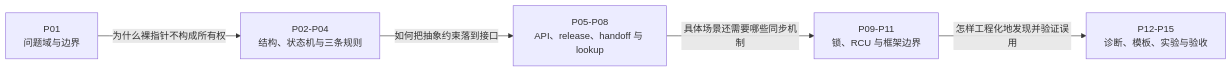
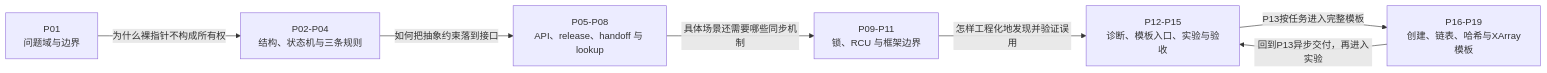
One commit to FormingSystem/linux_note changed the diagram in knowledge/linux/object_lifetime/kref/大纲.md. Above: the diagram before and after it, drawn with Mermaid. The commit also changed other lines of this file and 17 other files, not shown here.

````diff
--- a/knowledge/linux/object_lifetime/kref/大纲.md
+++ b/knowledge/linux/object_lifetime/kref/大纲.md
@@ -21,13 +21,16 @@
 ```mermaid
 flowchart LR
     A["P01<br/>问题域与边界"]
     B["P02-P04<br/>结构、状态机与三条规则"]
     C["P05-P08<br/>API、release、handoff 与 lookup"]
     D["P09-P11<br/>锁、RCU 与框架边界"]
-    E["P12-P15<br/>诊断、模板、实验与验收"]
+    E["P12-P15<br/>诊断、模板入口、实验与验收"]
+    T["P16-P19<br/>创建、链表、哈希与XArray模板"]
 
     A -->|"为什么裸指针不构成所有权"| B
     B -->|"如何把抽象约束落到接口"| C
     C -->|"具体场景还需要哪些同步机制"| D
     D -->|"怎样工程化地发现并验证误用"| E
+    E -->|"P13按任务进入完整模板"| T
+    T -->|"回到P13异步交付，再进入实验"| E
 ```
````
